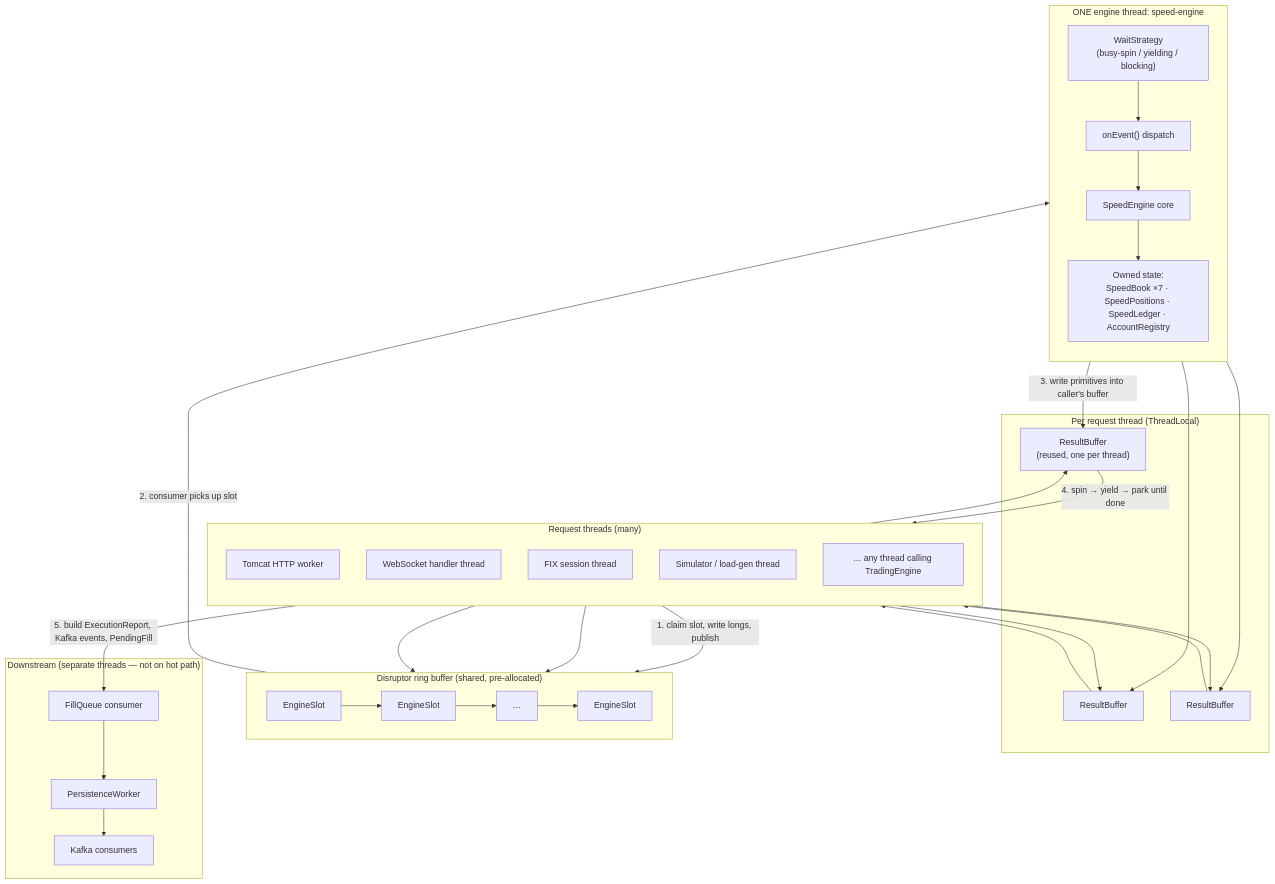
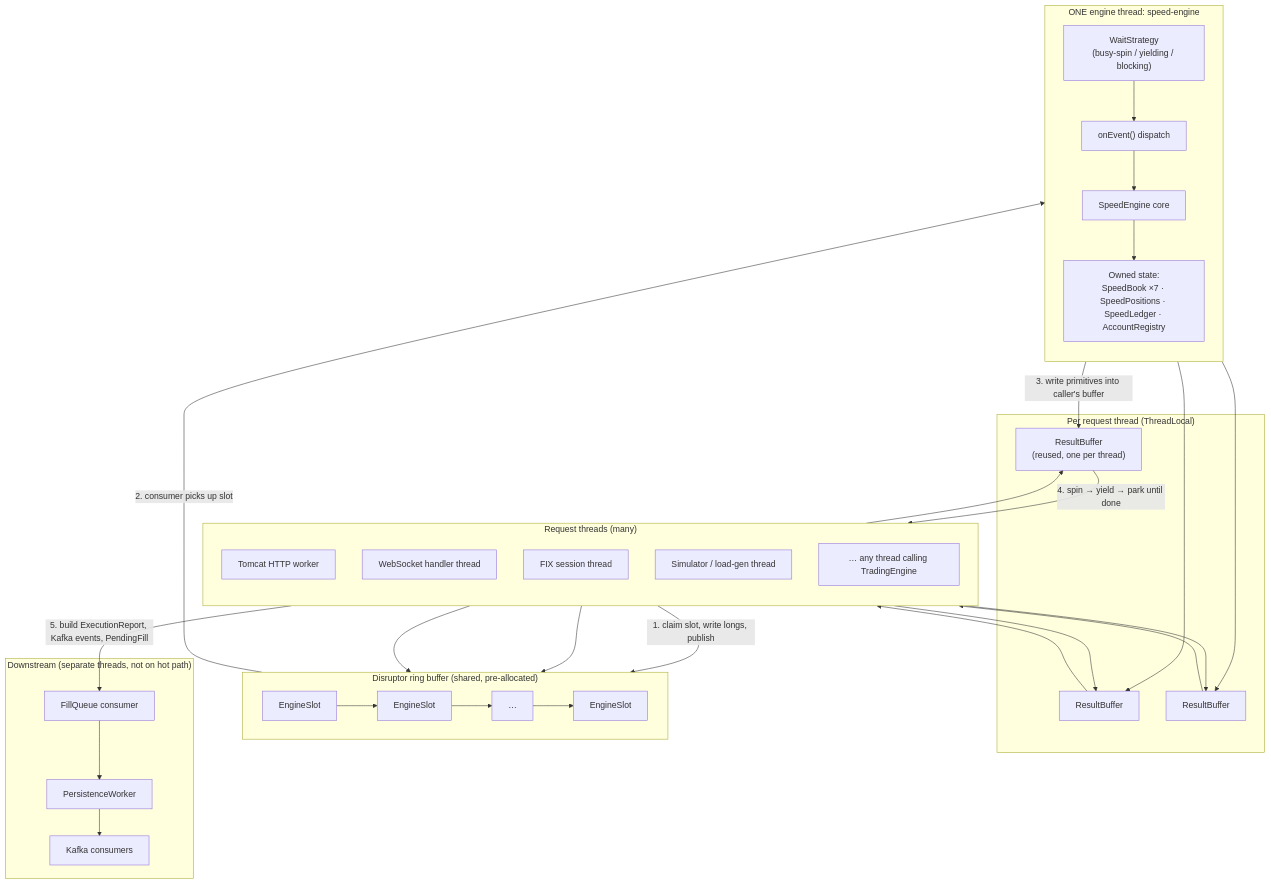
The first of 11 diagrams in speed-engine-architecture.md (mc139/fx-oee-docs), drawn with Mermaid before and after one commit. The commit also changed other lines of this file and 21 other files, not shown here.

````diff
--- a/speed-engine-architecture.md
+++ b/speed-engine-architecture.md
@@ -27,58 +27,58 @@
 ```mermaid
 flowchart TB
     subgraph requestThreads["Request threads (many)"]
         direction TB
         T1["Tomcat HTTP worker"]
         T2["WebSocket handler thread"]
         T3["FIX session thread"]
         T4["Simulator / load-gen thread"]
         TN["… any thread calling TradingEngine"]
     end
 
     subgraph perThread["Per request thread (ThreadLocal)"]
         RB1["ResultBuffer<br/>(reused, one per thread)"]
         RB2["ResultBuffer"]
         RBN["ResultBuffer"]
     end
 
     subgraph disruptor["Disruptor ring buffer (shared, pre-allocated)"]
         direction LR
         S0["EngineSlot"] --> S1["EngineSlot"] --> S2["…"] --> SN["EngineSlot"]
     end
 
     subgraph engineThread["ONE engine thread: speed-engine"]
         direction TB
         WS["WaitStrategy<br/>(busy-spin / yielding / blocking)"]
         DISPATCH["onEvent() dispatch"]
         SE["SpeedEngine core"]
         STATE["Owned state:<br/>SpeedBook ×7 · SpeedPositions · SpeedLedger · AccountRegistry"]
         WS --> DISPATCH --> SE --> STATE
     end
 
-    subgraph async["Downstream (separate threads — not on hot path)"]
+    subgraph async["Downstream (separate threads, not on hot path)"]
         FQ["FillQueue consumer"]
         PW["PersistenceWorker"]
         K["Kafka consumers"]
     end
 
     T1 --> RB1
     T2 --> RB2
     TN --> RBN
 
     T1 -- "1. claim slot, write longs, publish" --> disruptor
     T2 --> disruptor
     TN --> disruptor
 
     disruptor -- "2. consumer picks up slot" --> DISPATCH
 
     SE -- "3. write primitives into caller's buffer" --> RB1
     SE --> RB2
     SE --> RBN
 
     RB1 -- "4. spin → yield → park until done" --> T1
     RB2 --> T2
     RBN --> TN
 
     T1 -- "5. build ExecutionReport, Kafka events, PendingFill" --> FQ
     FQ --> PW --> K
 ```
````
